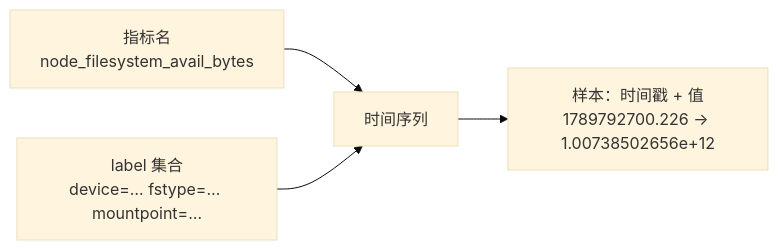
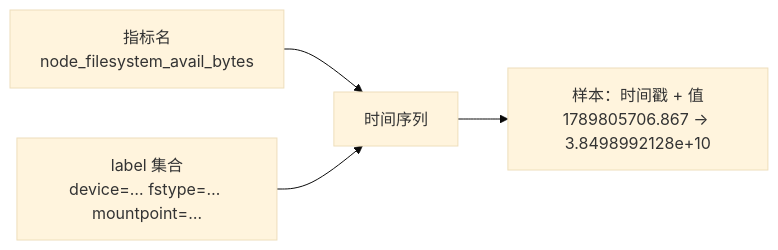
One commit to realtyz/ops-manual changed the diagram in Linux/09_日志与监控/10_指标的判定_PromQL与告警规则.md. Above: the diagram before and after it, drawn with Mermaid (base theme). The commit also changed other lines of this file and 141 other files, not shown here.

````diff
--- a/Linux/09_日志与监控/10_指标的判定_PromQL与告警规则.md
+++ b/Linux/09_日志与监控/10_指标的判定_PromQL与告警规则.md
@@ -45,6 +47,6 @@
 ```mermaid
 flowchart LR
   A["指标名<br/>node_filesystem_avail_bytes"] --> D["时间序列"]
   B["label 集合<br/>device=… fstype=… mountpoint=…"] --> D
-  D --> E["样本：时间戳 + 值<br/>1789792700.226 → 1.00738502656e+12"]
+  D --> E["样本：时间戳 + 值<br/>1789805706.867 → 3.8498992128e+10"]
 ```
````
